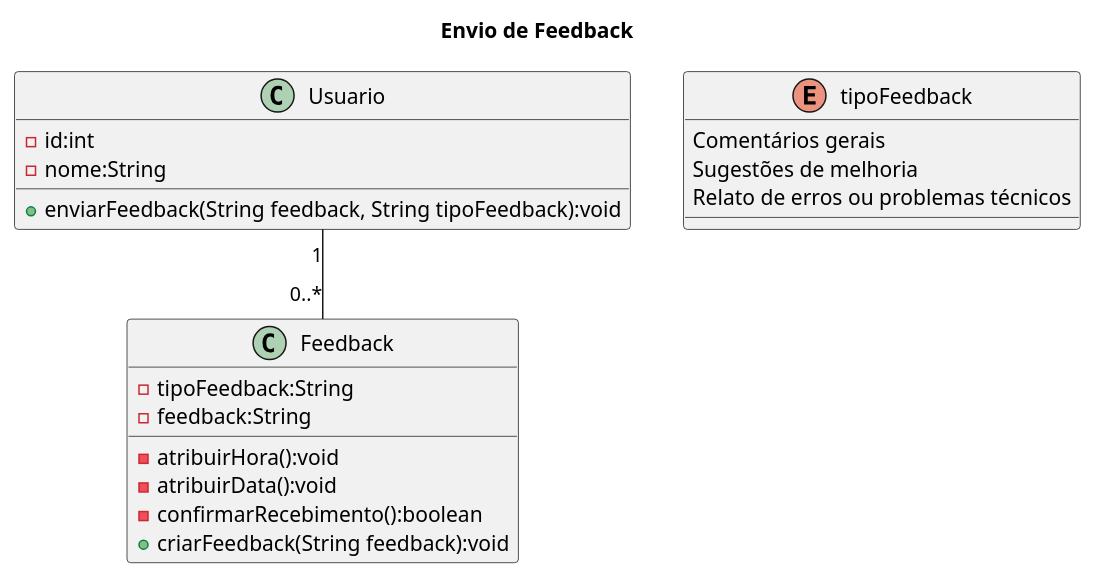
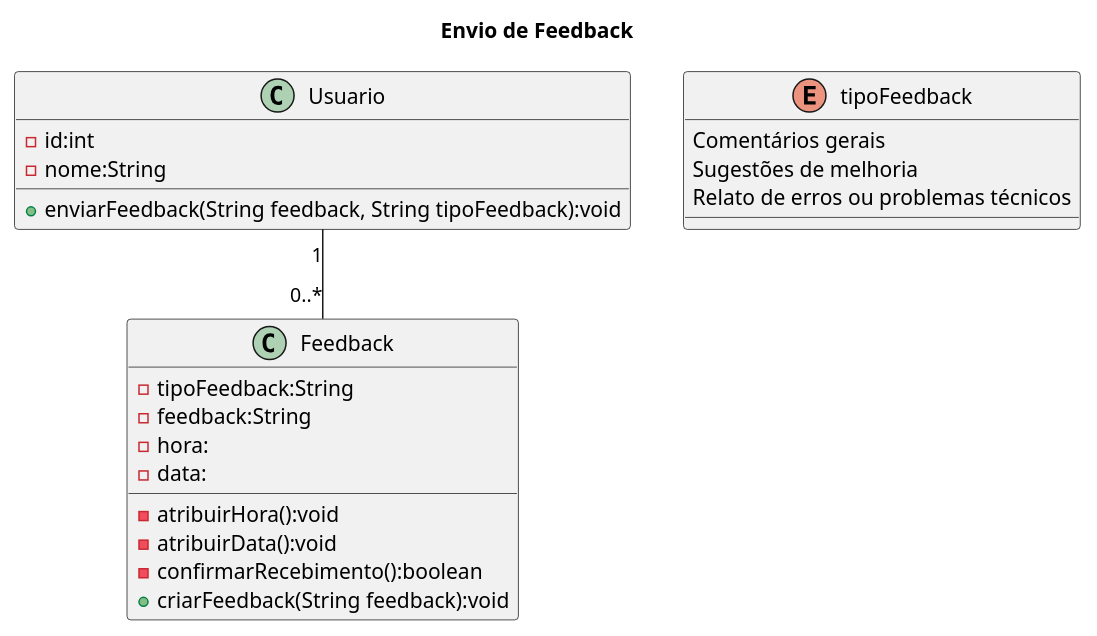
Before and after one commit to Projetos-de-Extensao/PBE_24.2_8002_I_MMAA: the diagram in docs/modelagem/Diagrama de classe/funcao_feedback_produto.wsd, drawn with PlantUML.

Commit message:
fix: adicionados atributos data e hora na classe feedback

```diff
--- a/docs/modelagem/Diagrama de classe/funcao_feedback_produto.wsd
+++ b/docs/modelagem/Diagrama de classe/funcao_feedback_produto.wsd
@@ -1,29 +1,31 @@
 @startuml Diagrama de Classes Envio de Feedback
 title Envio de Feedback
 
 Usuario "1" -- "0..*" Feedback
 
 class Usuario{
     -id:int
     -nome:String
 
     +enviarFeedback(String feedback, String tipoFeedback):void
 }
 
 class Feedback{
     -tipoFeedback:String
     -feedback:String
+    -hora:
+    -data:
 
     -atribuirHora():void
     -atribuirData():void
     -confirmarRecebimento():boolean
     +criarFeedback(String feedback):void
 }
 
 enum tipoFeedback {
     Comentários gerais
     Sugestões de melhoria
     Relato de erros ou problemas técnicos
 }
 
 @enduml
```
